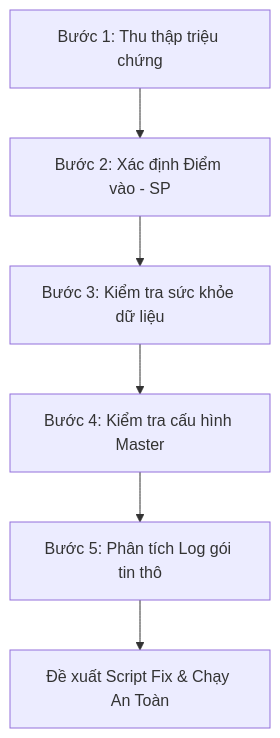
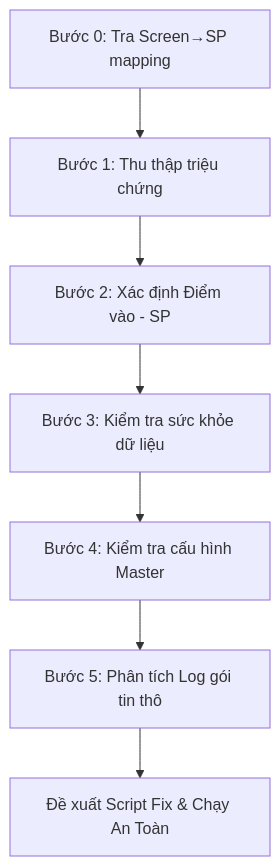
One commit to Poyken/vinatech changed the first of 2 diagrams in PROCESS/MES/MES_MASTER_KNOWLEDGE_BASE/KB_14_TRACE_BUG_METHODOLOGY.md. Above: the diagram before and after it, drawn with Mermaid. The commit also changed other lines of this file and 2 other files, not shown here.

Commit message:
Deep-dive Database-Driven Architecture: Screen-SP-Table mapping, Error pipeline, Cross-DB links, 33 Triggers inventory, Bước 0 trace method

````diff
--- a/PROCESS/MES/MES_MASTER_KNOWLEDGE_BASE/KB_14_TRACE_BUG_METHODOLOGY.md
+++ b/PROCESS/MES/MES_MASTER_KNOWLEDGE_BASE/KB_14_TRACE_BUG_METHODOLOGY.md
@@ -29,8 +29,9 @@
 ```mermaid
 graph TD
-    A[Bước 1: Thu thập triệu chứng] --> B[Bước 2: Xác định Điểm vào - SP]
-    B --> C[Bước 3: Kiểm tra sức khỏe dữ liệu]
-    C --> D[Bước 4: Kiểm tra cấu hình Master]
-    D --> E[Bước 5: Phân tích Log gói tin thô]
-    E --> F[Đề xuất Script Fix & Chạy An Toàn]
+    A0["Bước 0: Tra Screen→SP mapping"] --> A[Bước 1: Thu thập triệu chứng]
+    A --> B["Bước 2: Xác định Điểm vào - SP"]
+    B --> C["Bước 3: Kiểm tra sức khỏe dữ liệu"]
+    C --> D["Bước 4: Kiểm tra cấu hình Master"]
+    D --> E["Bước 5: Phân tích Log gói tin thô"]
+    E --> F["Đề xuất Script Fix & Chạy An Toàn"]
 ```
````
